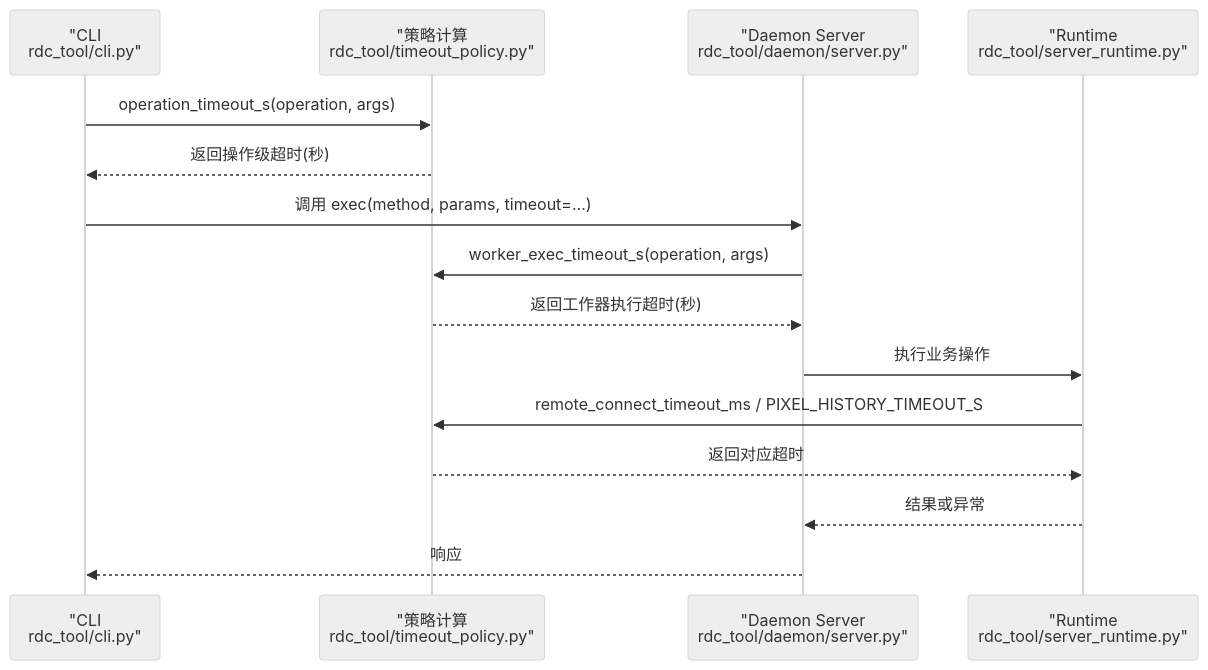
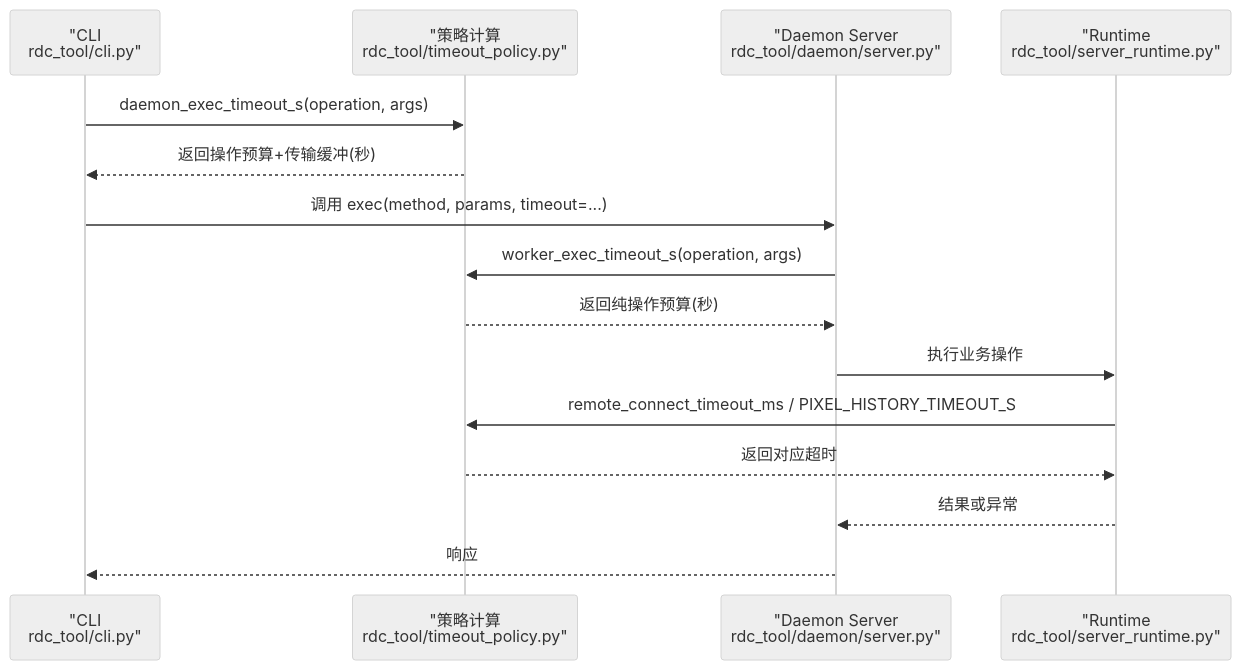
The second of 5 diagrams in .qoder/repowiki/zh/content/运行时管理/超时策略管理.md (haolange/RDC-Tool), drawn with Mermaid (neutral theme) before and after one commit. The commit also changed other lines of this file and 79 other files, not shown here.

````diff
--- a/.qoder/repowiki/zh/content/运行时管理/超时策略管理.md
+++ b/.qoder/repowiki/zh/content/运行时管理/超时策略管理.md
@@ -101,17 +93,17 @@
 ```mermaid
 sequenceDiagram
 participant CLI as "CLI<br/>rdc_tool/cli.py"
 participant POL as "策略计算<br/>rdc_tool/timeout_policy.py"
 participant DAEMON as "Daemon Server<br/>rdc_tool/daemon/server.py"
 participant RUNTIME as "Runtime<br/>rdc_tool/server_runtime.py"
-CLI->>POL : operation_timeout_s(operation, args)
-POL-->>CLI : 返回操作级超时(秒)
+CLI->>POL : daemon_exec_timeout_s(operation, args)
+POL-->>CLI : 返回操作预算+传输缓冲(秒)
 CLI->>DAEMON : 调用 exec(method, params, timeout=...)
 DAEMON->>POL : worker_exec_timeout_s(operation, args)
-POL-->>DAEMON : 返回工作器执行超时(秒)
+POL-->>DAEMON : 返回纯操作预算(秒)
 DAEMON->>RUNTIME : 执行业务操作
 RUNTIME->>POL : remote_connect_timeout_ms / PIXEL_HISTORY_TIMEOUT_S
 POL-->>RUNTIME : 返回对应超时
 RUNTIME-->>DAEMON : 结果或异常
 DAEMON-->>CLI : 响应
 ```
````
